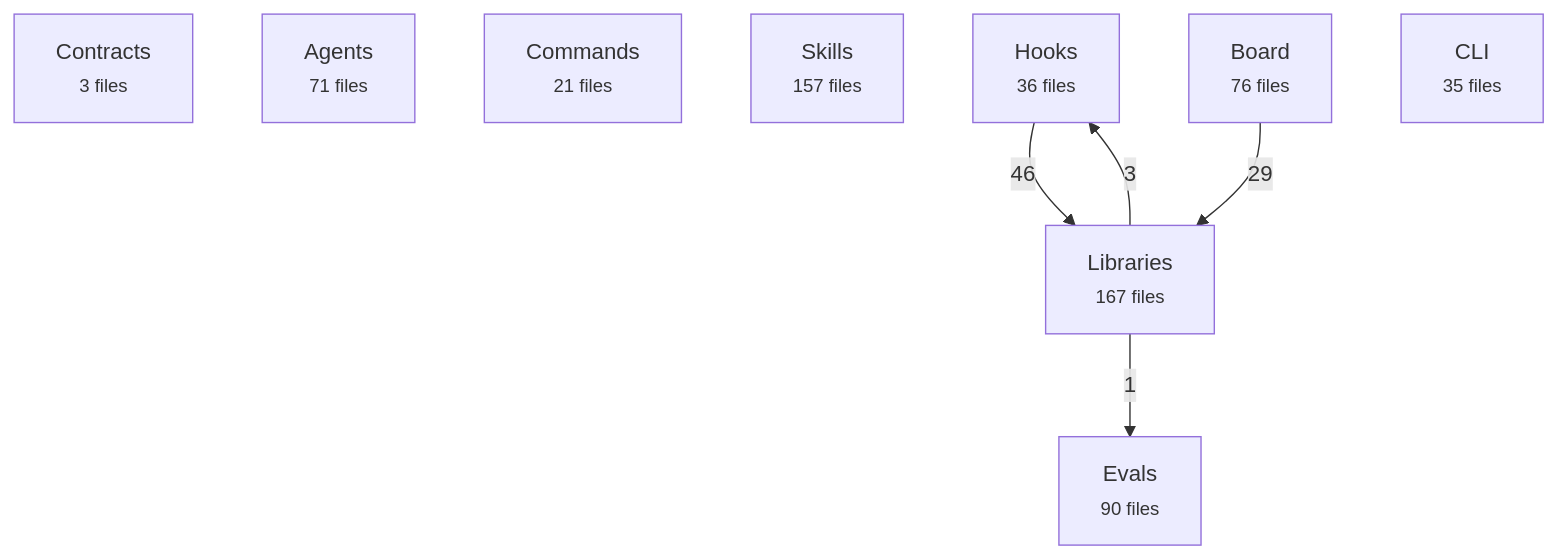
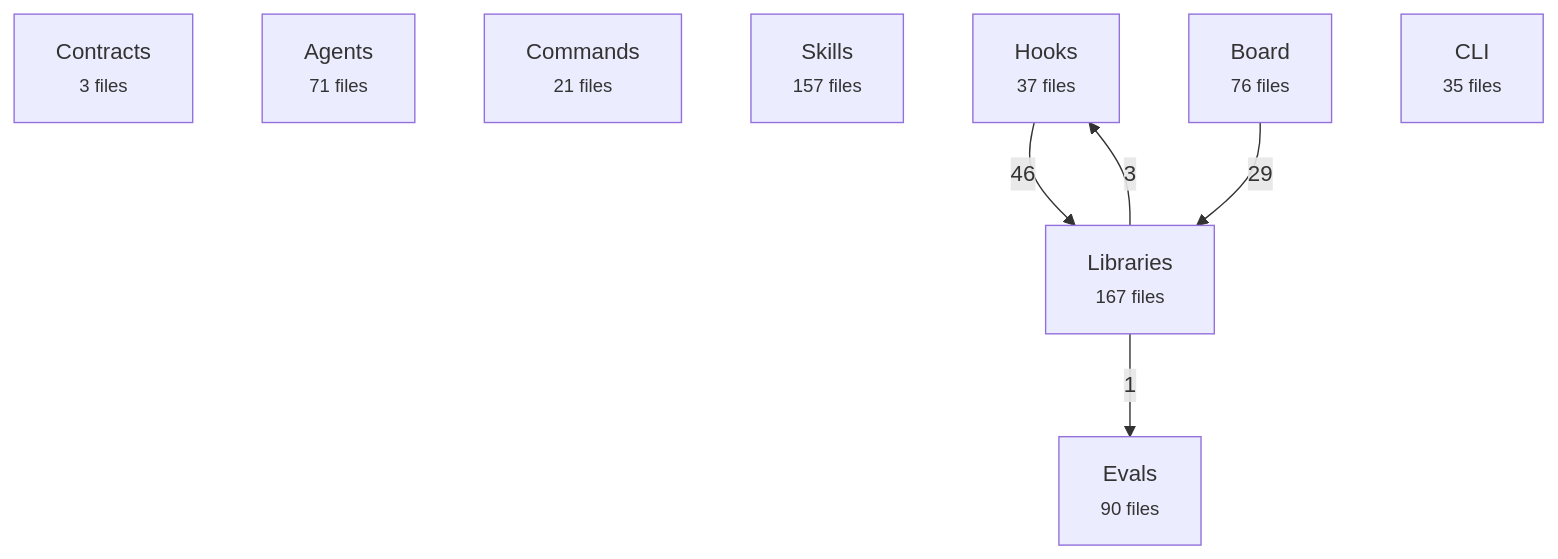
Before and after one commit to avelikiy/great_cto: the first of 2 diagrams in docs/reference/architecture-map.md, drawn with Mermaid. The commit also changed other lines of this file and 21 other files, not shown here.

````diff
--- a/docs/reference/architecture-map.md
+++ b/docs/reference/architecture-map.md
@@ -20,16 +20,16 @@
 ```mermaid
 flowchart TD
   contracts["Contracts<br/><small>3 files</small>"]
   agents["Agents<br/><small>71 files</small>"]
   commands["Commands<br/><small>21 files</small>"]
   skills["Skills<br/><small>157 files</small>"]
-  hooks["Hooks<br/><small>36 files</small>"]
+  hooks["Hooks<br/><small>37 files</small>"]
   libs["Libraries<br/><small>167 files</small>"]
   board["Board<br/><small>76 files</small>"]
   cli["CLI<br/><small>35 files</small>"]
   evals["Evals<br/><small>90 files</small>"]
   hooks -->|46| libs
   board -->|29| libs
   libs -->|3| hooks
   libs -->|1| evals
 ```
````
